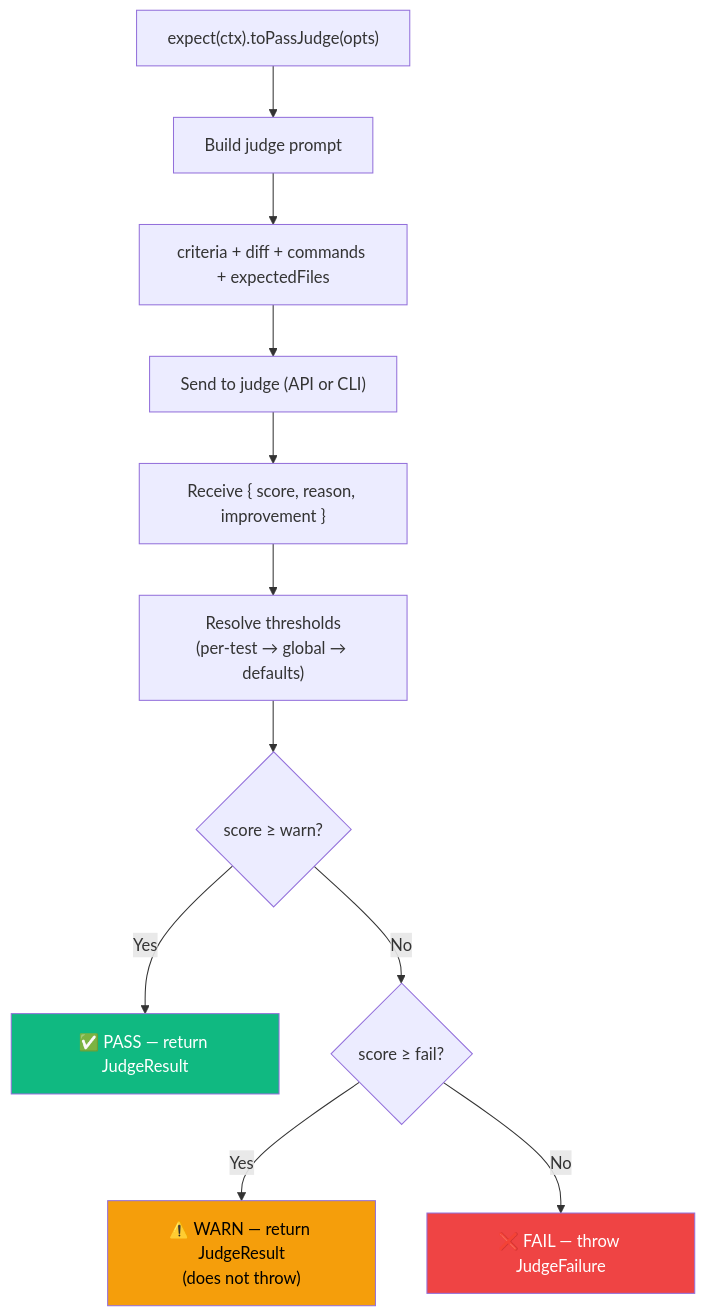
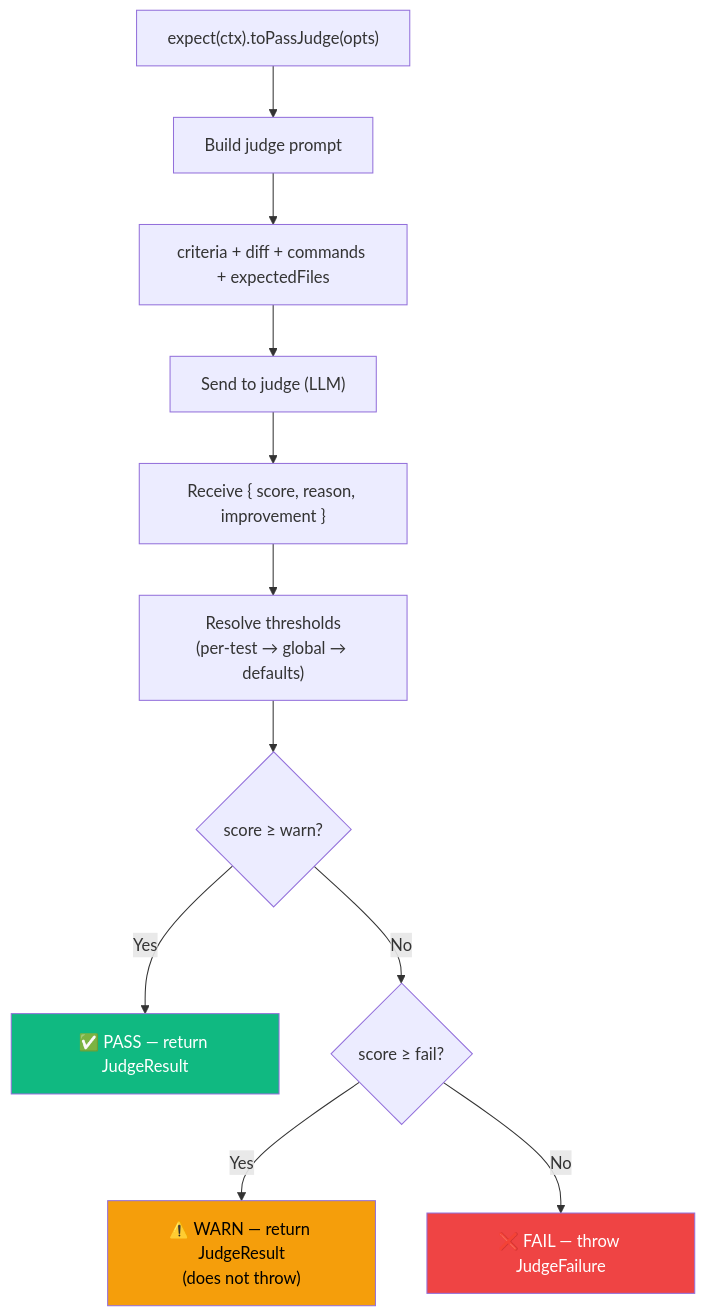
One commit to Tlahey/agent-eval changed the diagram in apps/docs/api/expect.md. Above: the diagram before and after it, drawn with Mermaid. The commit also changed 16 other files, not shown here.

First line of the commit message:
refactor(judge): remove CLI judge, keep only LLM API path

````diff
--- a/apps/docs/api/expect.md
+++ b/apps/docs/api/expect.md
@@ -77,17 +77,17 @@
 ```mermaid
 flowchart TD
     A["expect(ctx).toPassJudge(opts)"] --> B["Build judge prompt"]
     B --> C["criteria + diff + commands + expectedFiles"]
-    C --> D["Send to judge (API or CLI)"]
+    C --> D["Send to judge (LLM)"]
     D --> E["Receive { score, reason, improvement }"]
     E --> F["Resolve thresholds<br/>(per-test → global → defaults)"]
     F --> G{"score ≥ warn?"}
     G -- Yes --> H["✅ PASS — return JudgeResult"]
     G -- No --> I{"score ≥ fail?"}
     I -- Yes --> J["⚠️ WARN — return JudgeResult<br/>(does not throw)"]
     I -- No --> K["❌ FAIL — throw JudgeFailure"]
 
     style H fill:#10b981,color:#fff
     style J fill:#f59e0b,color:#000
     style K fill:#ef4444,color:#fff
 ```
````
